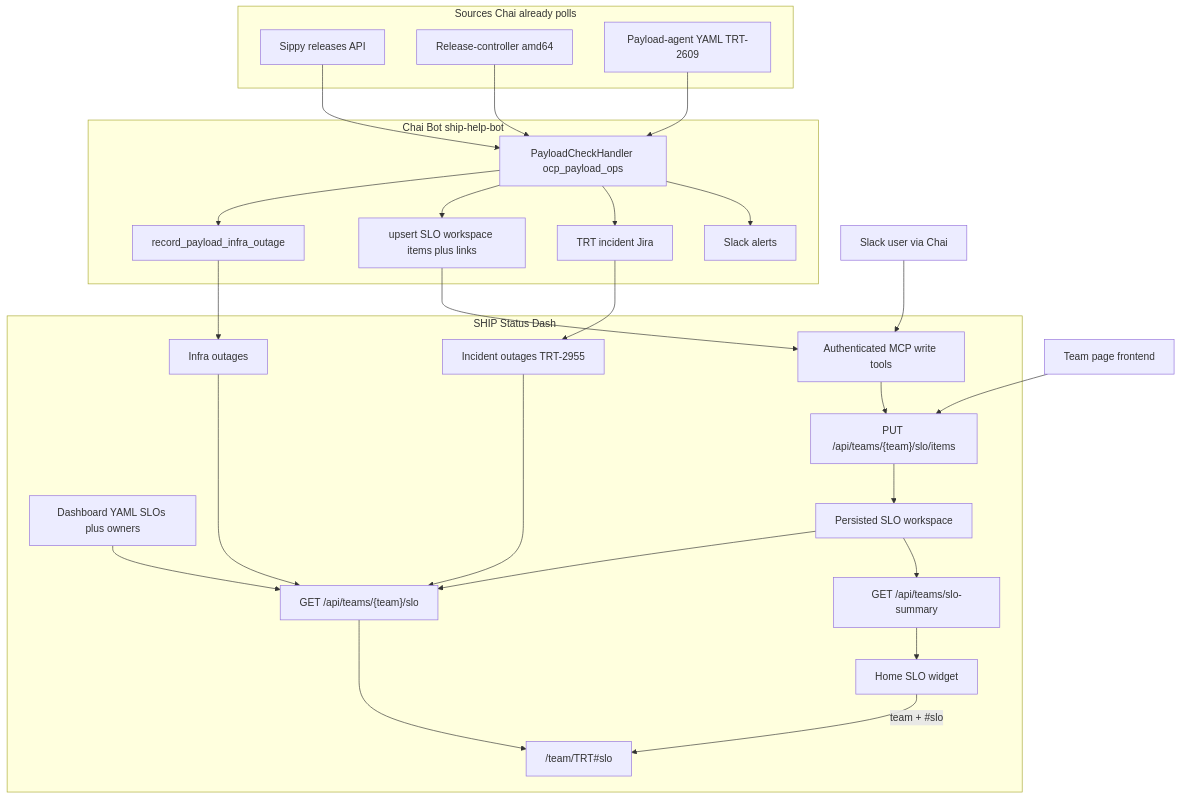
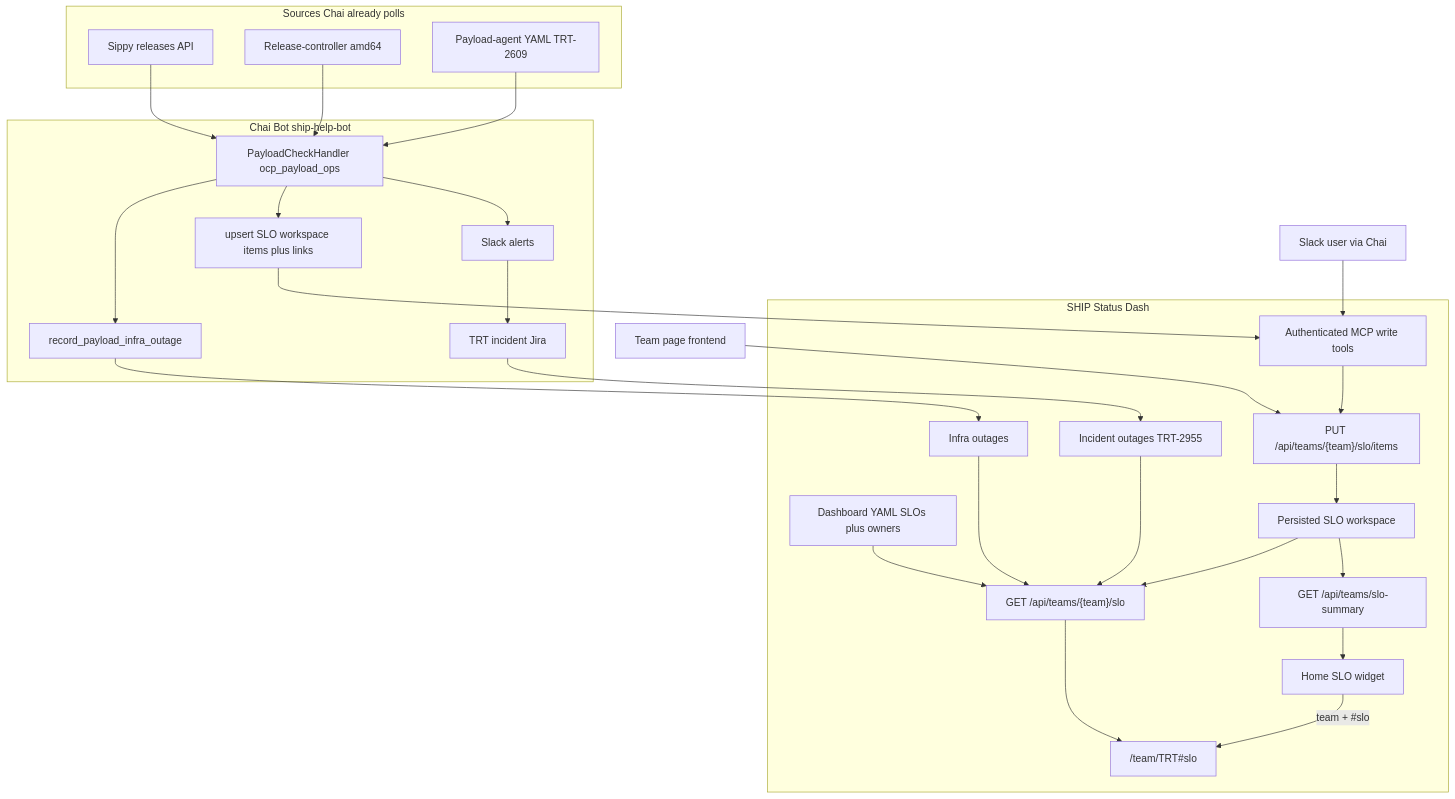
One commit to openshift-eng/ship-status-dash changed the diagram in docs/plans/trt-2722/README.md. Above: the diagram before and after it, drawn with Mermaid. The commit also changed other lines of this file and 1 other file, not shown here.

````diff
--- a/docs/plans/trt-2722/README.md
+++ b/docs/plans/trt-2722/README.md
@@ -65,45 +69,45 @@
 ```mermaid
 flowchart TB
   subgraph sources [Sources Chai already polls]
     Sippy[Sippy releases API]
     RC[Release-controller amd64]
     Agent[Payload-agent YAML TRT-2609]
   end
 
   subgraph chai [Chai Bot ship-help-bot]
     Handler[PayloadCheckHandler ocp_payload_ops]
     InfraWrap[record_payload_infra_outage]
     SloWrap[upsert SLO workspace items plus links]
     Jira[TRT incident Jira]
     SlackMsg[Slack alerts]
   end
 
   subgraph shipStatus [SHIP Status Dash]
     YAML[Dashboard YAML SLOs plus owners]
     Store[Persisted SLO workspace]
     Incidents[Incident outages TRT-2955]
     InfraOut[Infra outages]
     WriteAPI["PUT /api/teams/{team}/slo/items"]
     AuthMCP[Authenticated MCP write tools]
     DetailAPI["GET /api/teams/{team}/slo"]
     SummaryAPI["GET /api/teams/slo-summary"]
     TeamPage["/team/TRT#slo"]
     Home[Home SLO widget]
   end
 
   Sippy --> Handler
   RC --> Handler
   Agent --> Handler
   Handler --> InfraWrap --> InfraOut
   Handler --> SloWrap --> AuthMCP --> WriteAPI --> Store
-  Handler --> Jira --> Incidents
   Handler --> SlackMsg
+  SlackMsg --> Jira --> Incidents
   UI[Team page frontend] --> WriteAPI
   SlackHuman[Slack user via Chai] --> AuthMCP
   YAML --> DetailAPI
   Store --> DetailAPI --> TeamPage
   Store --> SummaryAPI --> Home
   Home -->|"team + #slo"| TeamPage
   Incidents --> DetailAPI
   InfraOut --> DetailAPI
 ```
````
